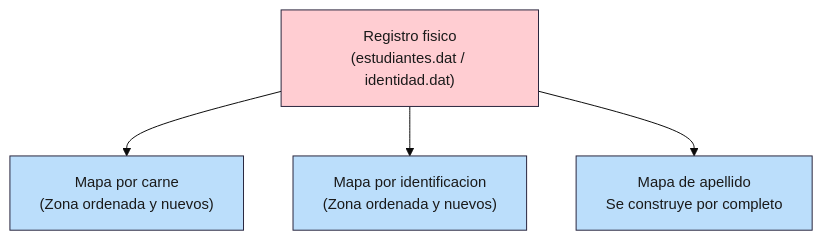
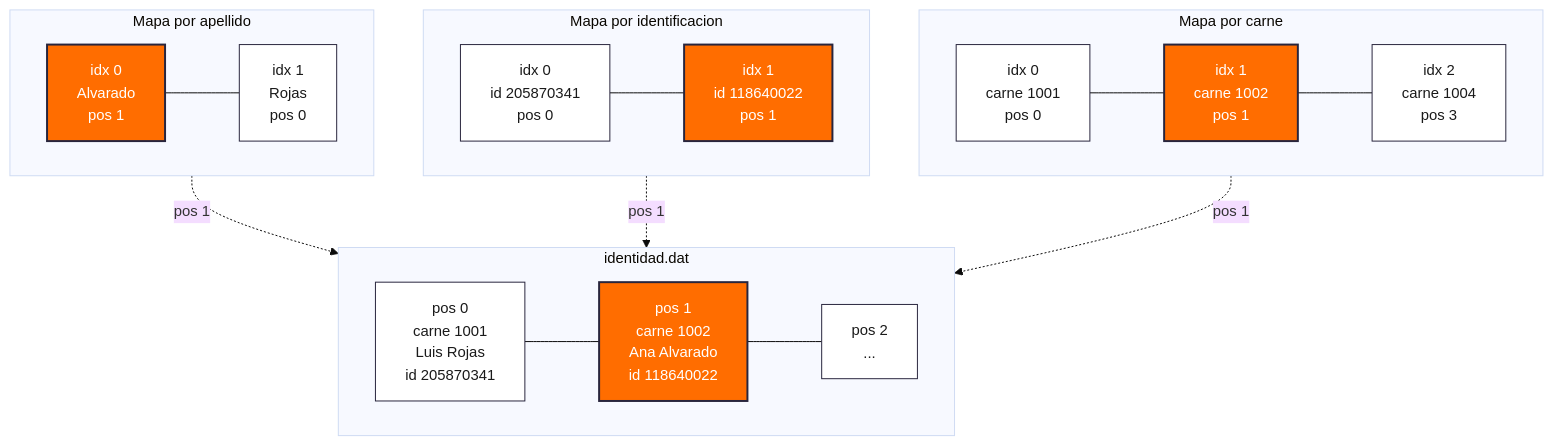
The diagram in diagramas/src/registro-fisico-archivo-indexado.mmd (Cetrei/estructuras_investigacion1), drawn with Mermaid before and after one commit. The commit also changed 39 other files, not shown here.

Commit message:
docs: nuevos diagramas, descripciones y mejoras de redaccion

```diff
--- a/diagramas/src/registro-fisico-archivo-indexado.mmd
+++ b/diagramas/src/registro-fisico-archivo-indexado.mmd
@@ -1,17 +1,42 @@
 %%{init: {'theme': 'base', 'themeVariables': {'fontSize': '15px'}}}%%
 flowchart TB
 
-    A["Registro fisico<br/>(estudiantes.dat / identidad.dat)"]
-    n1["Mapa por carne<br/>(Zona ordenada y nuevos)"]
-    n2["Mapa por identificacion<br/>(Zona ordenada y nuevos)"]
-    n3["Mapa de apellido<br/>Se construye por completo"]
+    subgraph MC["Mapa por carne"]
+        direction LR
+        mc0["idx 0<br/>carne 1001<br/>pos 0"]
+        mc1["idx 1<br/>carne 1002<br/>pos 1"]
+        mc2["idx 2<br/>carne 1004<br/>pos 3"]
+        mc0 --- mc1 --- mc2
+    end
 
-    A --> n1
-    A --> n2
-    A --> n3
+    subgraph MI["Mapa por identificacion"]
+        direction LR
+        mi0["idx 0<br/>id 205870341<br/>pos 0"]
+        mi1["idx 1<br/>id 118640022<br/>pos 1"]
+        mi0 --- mi1
+    end
 
-    classDef origen fill:#FFCDD2,stroke:#28253D,stroke-width:1px,color:#1a1a1a;
-    classDef mapa fill:#BBDEFB,stroke:#28253D,stroke-width:1px,color:#1a1a1a;
+    subgraph MA["Mapa por apellido"]
+        direction LR
+        ma0["idx 0<br/>Alvarado<br/>pos 1"]
+        ma1["idx 1<br/>Rojas<br/>pos 0"]
+        ma0 --- ma1
+    end
 
-    class A origen;
-    class n1,n2,n3 mapa;
+    subgraph REG["identidad.dat"]
+        direction LR
+        r0["pos 0<br/>carne 1001<br/>Luis Rojas<br/>id 205870341"]
+        r1["pos 1<br/>carne 1002<br/>Ana Alvarado<br/>id 118640022"]
+        r2["pos 2<br/>..."]
+        r0 --- r1 --- r2
+    end
+
+    mc1 -.->|pos 1| r1
+    mi1 -.->|pos 1| r1
+    ma0 -.->|pos 1| r1
+
+    classDef celda fill:#ffffff,stroke:#28253D,stroke-width:1px,color:#1a1a1a;
+    classDef objetivo fill:#FF6D00,stroke:#28253D,stroke-width:2px,color:#ffffff;
+
+    class mc0,mc2,mi0,ma1,r0,r2 celda;
+    class mc1,mi1,ma0,r1 objetivo;
```
